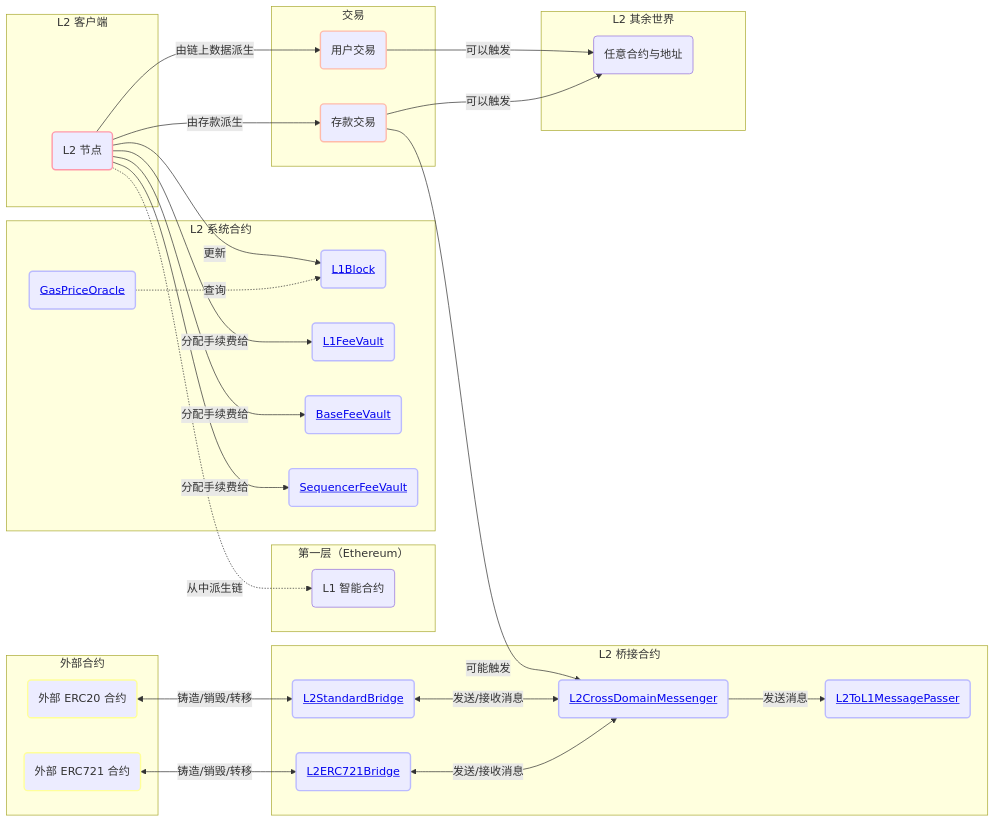
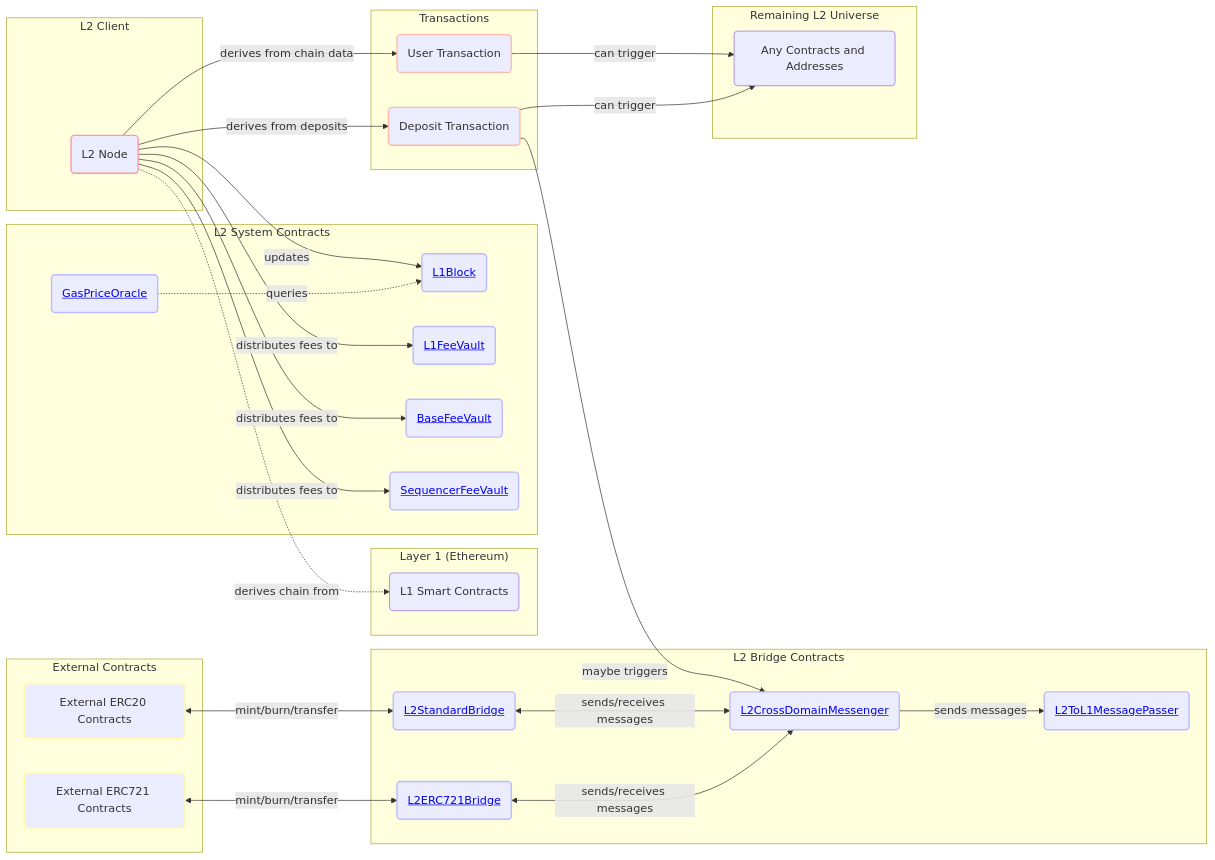
The second of 4 diagrams in layer2/optimism/optimism-codebase-protocol-overview.md (ywy2090/deep-into-solidity), drawn with Mermaid before and after one commit. The commit also changed other lines of this file and 1 other file, not shown here.

````diff
--- a/layer2/optimism/optimism-codebase-protocol-overview.md
+++ b/layer2/optimism/optimism-codebase-protocol-overview.md
@@ -153,70 +153,70 @@
 ```mermaid
 graph LR
-    subgraph "第一层（Ethereum）"
-        L1SmartContracts(L1 智能合约)
+    subgraph "Layer 1 (Ethereum)"
+        L1SmartContracts(L1 Smart Contracts)
     end
 
-    subgraph "L2 客户端"
-        L2Node(L2 节点)
+    subgraph "L2 Client"
+        L2Node(L2 Node)
     end
 
-    subgraph "L2 系统合约"
-        L1Block(<a href="https://specs.optimism.io/protocol/predeploys.html#l1block">L1Block</a>)
-        GasPriceOracle(<a href="https://specs.optimism.io/protocol/predeploys.html#gaspriceoracle">GasPriceOracle</a>)
-        L1FeeVault(<a href="https://specs.optimism.io/protocol/predeploys.html#l1feevault">L1FeeVault</a>)
-        BaseFeeVault(<a href="https://specs.optimism.io/protocol/predeploys.html#basefeevault">BaseFeeVault</a>)
-        SequencerFeeVault(<a href="https://specs.optimism.io/protocol/predeploys.html#sequencerfeevault">SequencerFeeVault</a>)
+    subgraph "L2 System Contracts"
+        L1Block(<a href="./predeploys.html#l1block">L1Block</a>)
+        GasPriceOracle(<a href="./predeploys.html#gaspriceoracle">GasPriceOracle</a>)
+        L1FeeVault(<a href="./predeploys.html#l1feevault">L1FeeVault</a>)
+        BaseFeeVault(<a href="./predeploys.html#basefeevault">BaseFeeVault</a>)
+        SequencerFeeVault(<a href="./predeploys.html#sequencerfeevault">SequencerFeeVault</a>)
     end
 
-    subgraph "L2 桥接合约"
-        L2CrossDomainMessenger(<a href="https://specs.optimism.io/protocol/predeploys.html#l2crossdomainmessenger">L2CrossDomainMessenger</a>)
-        L2ToL1MessagePasser(<a href="https://specs.optimism.io/protocol/predeploys.html#l2tol1messagepasser">L2ToL1MessagePasser</a>)
-        L2StandardBridge(<a href="https://specs.optimism.io/protocol/predeploys.html#l2standardbridge">L2StandardBridge</a>)
-        L2ERC721Bridge(<a href="https://specs.optimism.io/protocol/predeploys.html#l2erc721bridge">L2ERC721Bridge</a>)
+    subgraph "L2 Bridge Contracts"
+        L2CrossDomainMessenger(<a href="./predeploys.html#l2crossdomainmessenger">L2CrossDomainMessenger</a>)
+        L2ToL1MessagePasser(<a href="./predeploys.html#l2tol1messagepasser">L2ToL1MessagePasser</a>)
+        L2StandardBridge(<a href="./predeploys.html#l2standardbridge">L2StandardBridge</a>)
+        L2ERC721Bridge(<a href="./predeploys.html">L2ERC721Bridge</a>)
     end
 
-    subgraph "交易"
-        DepositTransaction(存款交易)
-        UserTransaction(用户交易)
+    subgraph "Transactions"
+        DepositTransaction(Deposit Transaction)
+        UserTransaction(User Transaction)
     end
 
-    subgraph "外部合约"
-        ExternalERC20(外部 ERC20 合约)
-        ExternalERC721(外部 ERC721 合约)
+    subgraph "External Contracts"
+        ExternalERC20(External ERC20 Contracts)
+        ExternalERC721(External ERC721 Contracts)
     end
 
-    subgraph "L2 其余世界"
-        OtherContracts(任意合约与地址)
+    subgraph "Remaining L2 Universe"
+        OtherContracts(Any Contracts and Addresses)
     end
 
-    L2Node -.->|从中派生链| L1SmartContracts
-    L2Node -->|更新| L1Block
-    L2Node -->|分配手续费给| L1FeeVault
-    L2Node -->|分配手续费给| BaseFeeVault
-    L2Node -->|分配手续费给| SequencerFeeVault
-    L2Node -->|由存款派生| DepositTransaction
-    L2Node -->|由链上数据派生| UserTransaction
+    L2Node -.->|derives chain from| L1SmartContracts
+    L2Node -->|updates| L1Block
+    L2Node -->|distributes fees to| L1FeeVault
+    L2Node -->|distributes fees to| BaseFeeVault
+    L2Node -->|distributes fees to| SequencerFeeVault
+    L2Node -->|derives from deposits| DepositTransaction
+    L2Node -->|derives from chain data| UserTransaction
 
-    UserTransaction -->|可以触发| OtherContracts
-    DepositTransaction -->|可能触发| L2CrossDomainMessenger
-    DepositTransaction -->|可以触发| OtherContracts
+    UserTransaction -->|can trigger| OtherContracts
+    DepositTransaction -->|maybe triggers| L2CrossDomainMessenger
+    DepositTransaction -->|can trigger| OtherContracts
 
-    ExternalERC20 <-->|铸造/销毁/转移| L2StandardBridge
-    ExternalERC721 <-->|铸造/销毁/转移| L2ERC721Bridge
+    ExternalERC20 <-->|mint/burn/transfer| L2StandardBridge
+    ExternalERC721 <-->|mint/burn/transfer| L2ERC721Bridge
 
-    L2StandardBridge <-->|发送/接收消息| L2CrossDomainMessenger
-    L2ERC721Bridge <-->|发送/接收消息| L2CrossDomainMessenger
-    GasPriceOracle -.->|查询| L1Block
-    L2CrossDomainMessenger -->|发送消息| L2ToL1MessagePasser
+    L2StandardBridge <-->|sends/receives messages| L2CrossDomainMessenger
+    L2ERC721Bridge <-->|sends/receives messages| L2CrossDomainMessenger
+    GasPriceOracle -.->|queries| L1Block
+    L2CrossDomainMessenger -->|sends messages| L2ToL1MessagePasser
 
     classDef extContracts stroke:#ff9,stroke-width:2px;
     classDef l2Contracts stroke:#bbf,stroke-width:2px;
     classDef transactions stroke:#fba,stroke-width:2px;
     classDef l2Node stroke:#f9a,stroke-width:2px;
 
     class ExternalERC20,ExternalERC721 extContracts;
     class L2CrossDomainMessenger,L2ToL1MessagePasser,L2StandardBridge,L2ERC721Bridge l2Contracts;
     class L1Block,L1FeeVault,BaseFeeVault,SequencerFeeVault,GasPriceOracle l2Contracts;
     class UserTransaction,DepositTransaction transactions;
     class L2Node l2Node;
 ```
````
